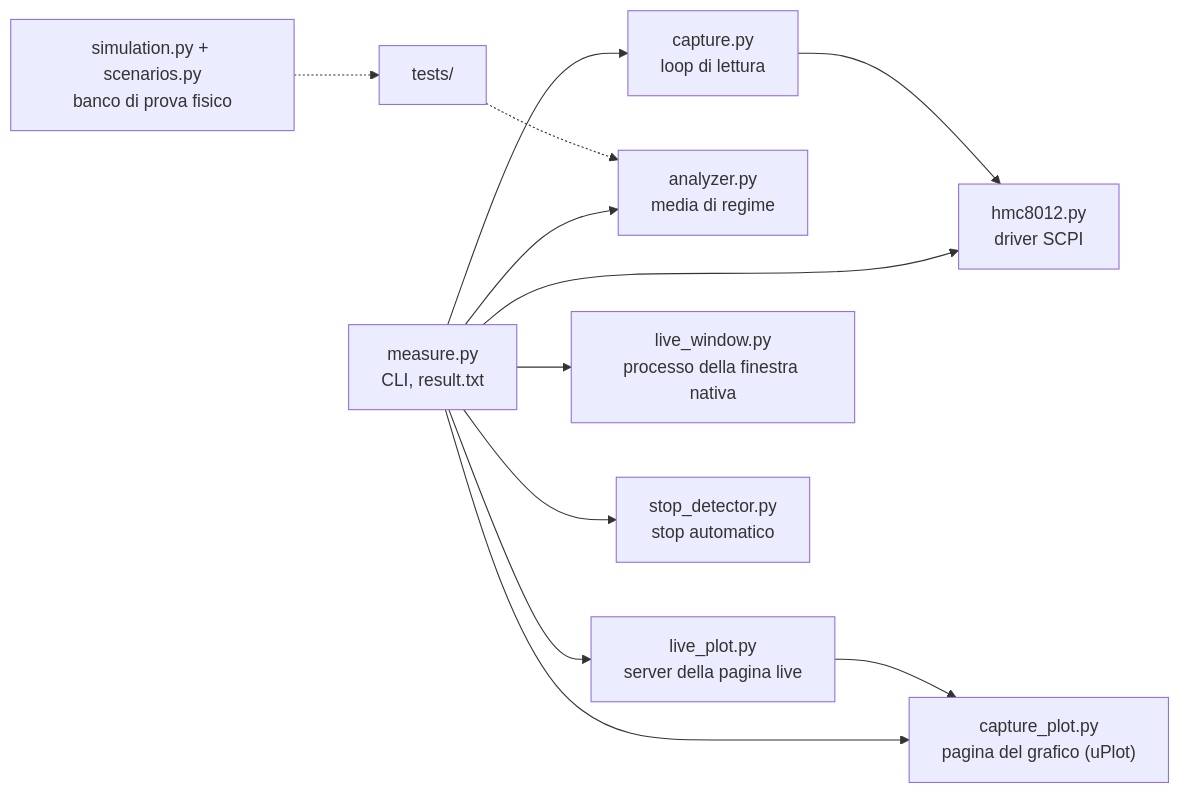
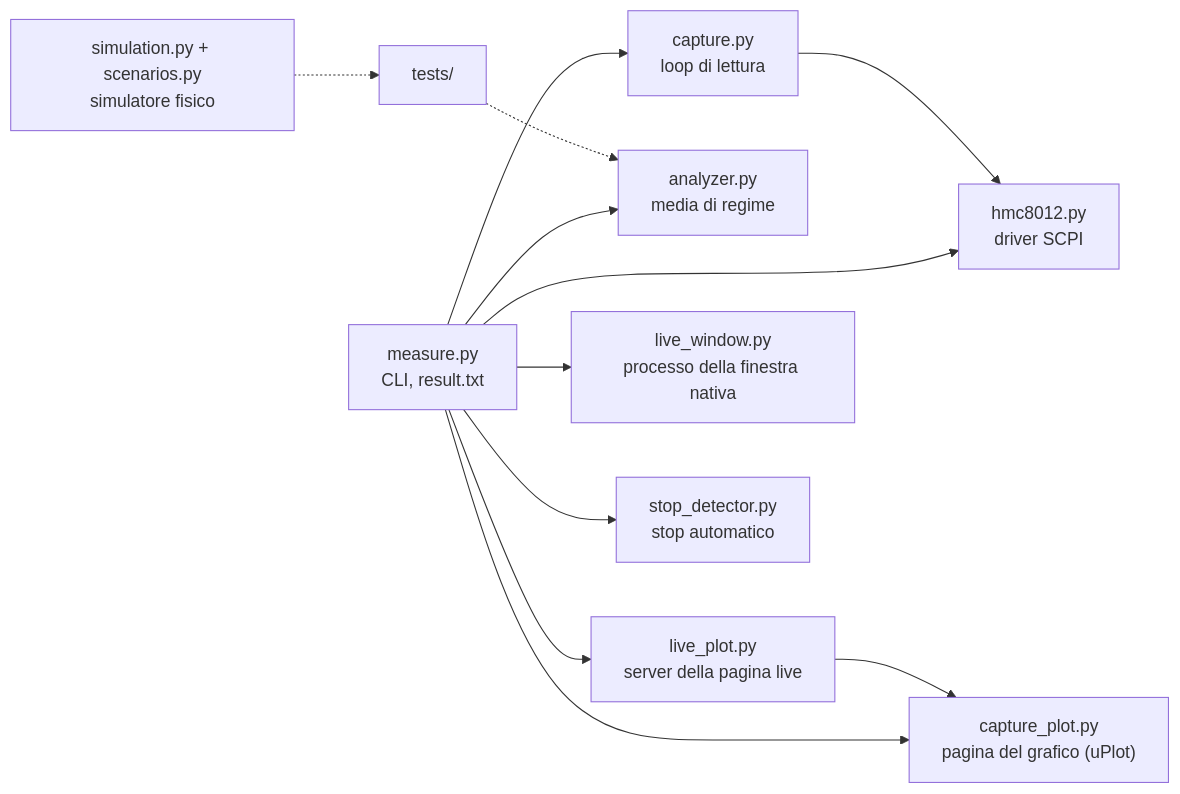
The diagram in README_ita.md (YarinCardillo/hmc8012-measure), drawn with Mermaid before and after one commit. The commit also changed other lines of this file, not shown here.

````diff
--- a/README_ita.md
+++ b/README_ita.md
@@ -171,14 +171,14 @@
 ```mermaid
 flowchart LR
     CLI["measure.py<br/>CLI, result.txt"] --> DRV["hmc8012.py<br/>driver SCPI"]
     CLI --> CAP["capture.py<br/>loop di lettura"]
     CAP --> DRV
     CLI --> ANA["analyzer.py<br/>media di regime"]
     CLI --> PLOT["capture_plot.py<br/>pagina del grafico (uPlot)"]
     CLI --> LIVE["live_plot.py<br/>server della pagina live"]
     LIVE --> PLOT
     CLI --> WIN["live_window.py<br/>processo della finestra nativa"]
     CLI --> STOP["stop_detector.py<br/>stop automatico"]
-    SIM["simulation.py + scenarios.py<br/>banco di prova fisico"] -.-> TESTS["tests/"]
+    SIM["simulation.py + scenarios.py<br/>simulatore fisico"] -.-> TESTS["tests/"]
     TESTS -.-> ANA
 ```
````
